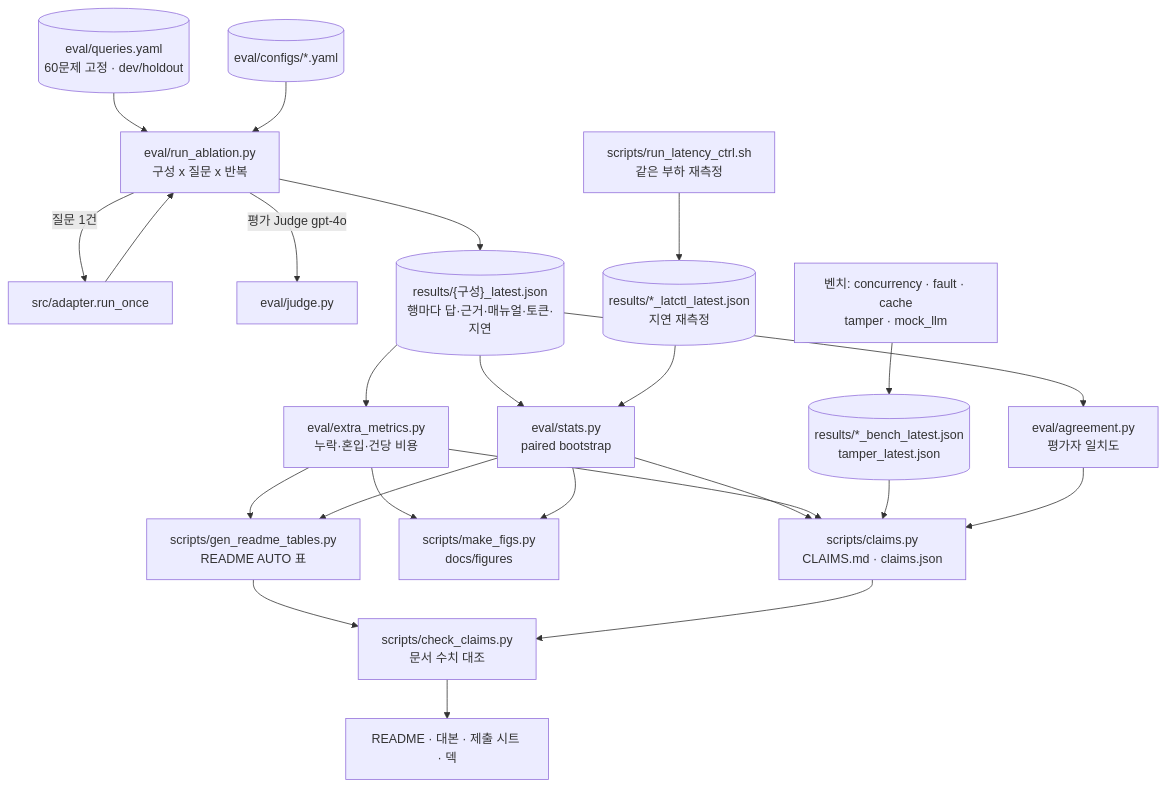
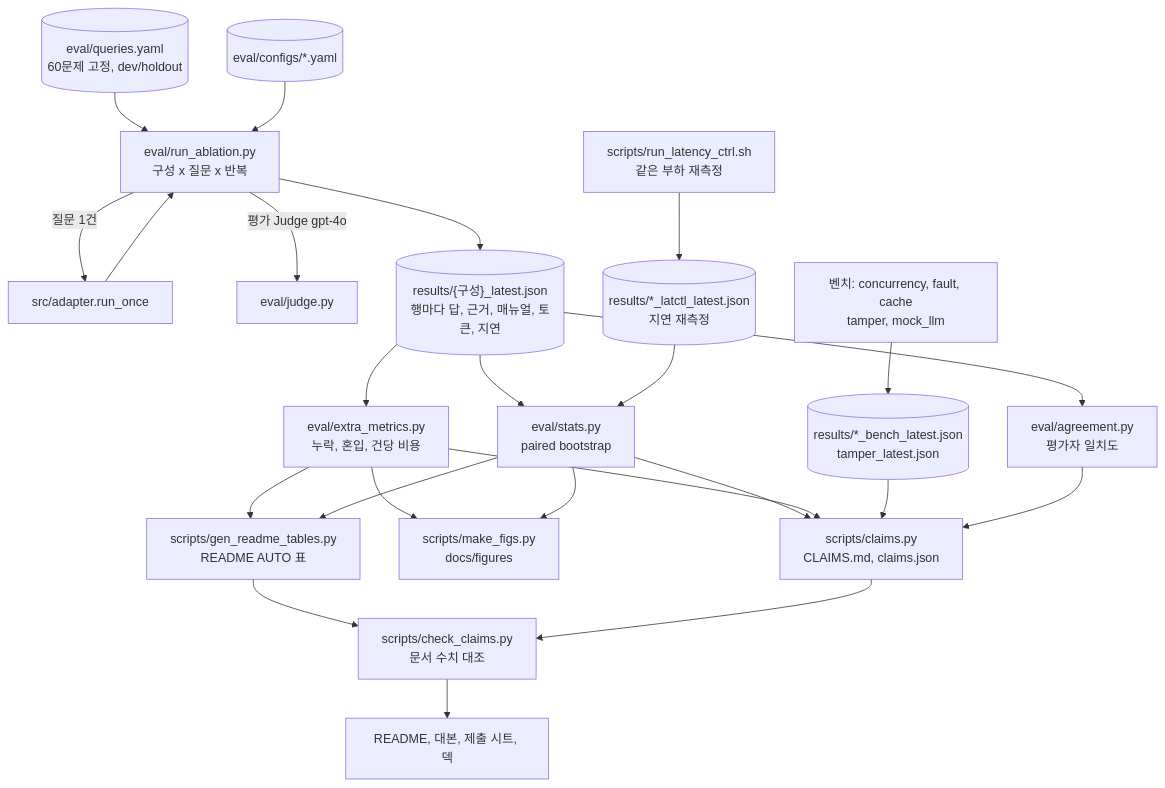
Before and after one commit to jang961111-hash/incident-agent-ablation: the third of 3 diagrams in docs/08_코드_가이드.md, drawn with Mermaid. The commit also changed other lines of this file and 28 other files, not shown here.

````diff
--- a/docs/08_코드_가이드.md
+++ b/docs/08_코드_가이드.md
@@ -452,26 +452,26 @@
 ```mermaid
 flowchart TD
-    Q[("eval/queries.yaml<br/>60문제 고정 · dev/holdout")] --> RA["eval/run_ablation.py<br/>구성 x 질문 x 반복"]
+    Q[("eval/queries.yaml<br/>60문제 고정, dev/holdout")] --> RA["eval/run_ablation.py<br/>구성 x 질문 x 반복"]
     CF[("eval/configs/*.yaml")] --> RA
     RA -->|"질문 1건"| RO["src/adapter.run_once"]
     RO --> RA
     RA -->|"평가 Judge gpt-4o"| EJ["eval/judge.py"]
-    RA --> RL[("results/{구성}_latest.json<br/>행마다 답·근거·매뉴얼·토큰·지연")]
+    RA --> RL[("results/{구성}_latest.json<br/>행마다 답, 근거, 매뉴얼, 토큰, 지연")]
     LC["scripts/run_latency_ctrl.sh<br/>같은 부하 재측정"] --> RLC[("results/*_latctl_latest.json<br/>지연 재측정")]
-    B["벤치: concurrency · fault · cache<br/>tamper · mock_llm"] --> RB[("results/*_bench_latest.json<br/>tamper_latest.json")]
-    RL --> XM["eval/extra_metrics.py<br/>누락·혼입·건당 비용"]
+    B["벤치: concurrency, fault, cache<br/>tamper, mock_llm"] --> RB[("results/*_bench_latest.json<br/>tamper_latest.json")]
+    RL --> XM["eval/extra_metrics.py<br/>누락, 혼입, 건당 비용"]
     RL --> ST["eval/stats.py<br/>paired bootstrap"]
     RLC --> ST
     RL --> AG["eval/agreement.py<br/>평가자 일치도"]
     XM --> GT["scripts/gen_readme_tables.py<br/>README AUTO 표"]
     ST --> GT
     XM --> MF["scripts/make_figs.py<br/>docs/figures"]
     ST --> MF
-    ST --> CL["scripts/claims.py<br/>CLAIMS.md · claims.json"]
+    ST --> CL["scripts/claims.py<br/>CLAIMS.md, claims.json"]
     XM --> CL
     RB --> CL
     AG --> CL
     GT --> CC["scripts/check_claims.py<br/>문서 수치 대조"]
     CL --> CC
-    CC --> OUT["README · 대본 · 제출 시트 · 덱"]
+    CC --> OUT["README, 대본, 제출 시트, 덱"]
 ```
````
